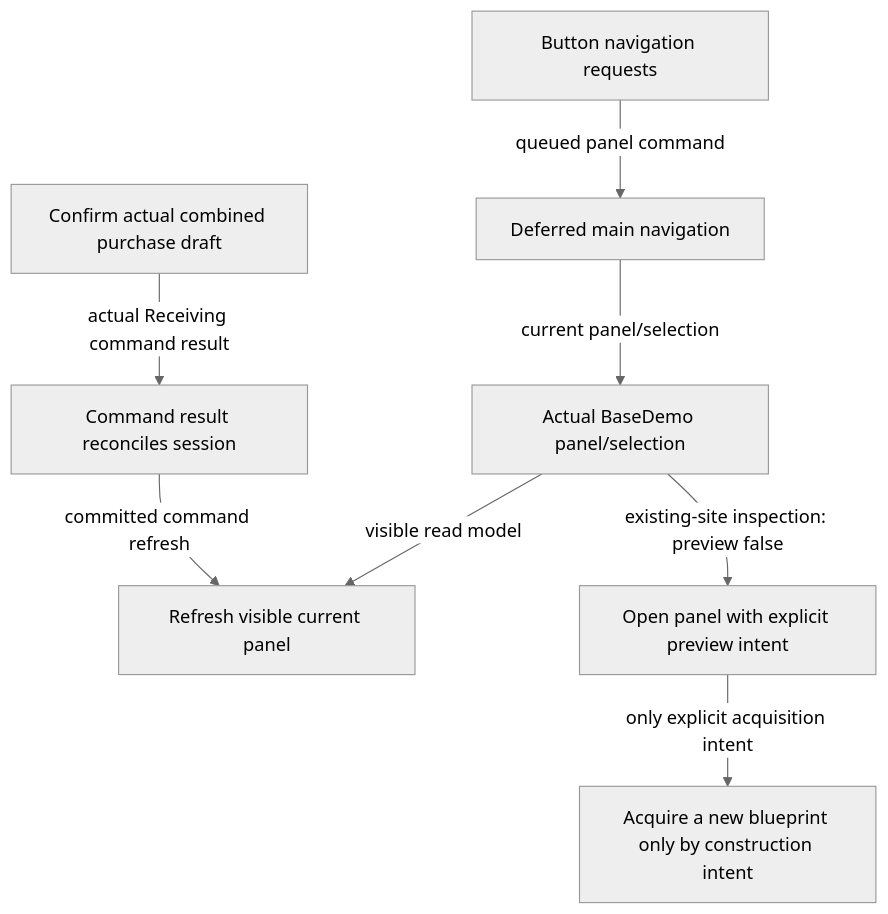
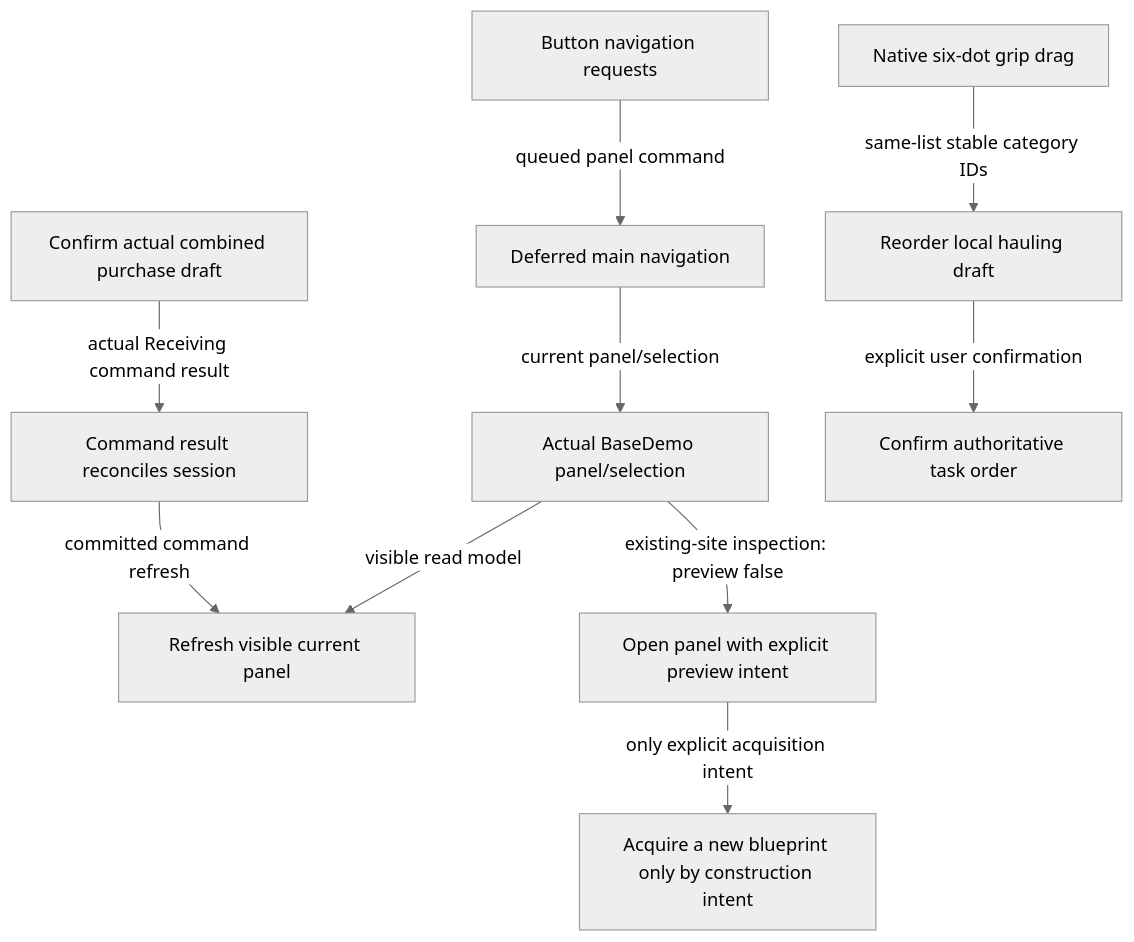
One commit to TheInfinityIQ/Trencho_V4 changed diagram 41 of 50 in docs/system_atlas.md. Above: the diagram before and after it, drawn with Mermaid (neutral theme). The commit also changed other lines of this file and 26 other files, not shown here.

Commit message:
Document hauling behavior evidence and reviewed system flows

````diff
--- a/docs/system_atlas.md
+++ b/docs/system_atlas.md
@@ -1268,18 +1279,23 @@
 ```mermaid
 flowchart TD
     n0["Button navigation requests"]
     n1["Deferred main navigation"]
     n2["Actual BaseDemo panel/selection"]
     n3["Command result reconciles session"]
     n4["Refresh visible current panel"]
     n5["Confirm actual combined purchase draft"]
     n6["Open panel with explicit preview intent"]
     n7["Acquire a new blueprint only by construction intent"]
+    haul_grip["Native six-dot grip drag"]
+    haul_draft["Reorder local hauling draft"]
+    haul_confirm["Confirm authoritative task order"]
     n0 -->|"queued panel command"| n1
     n1 -->|"current panel/selection"| n2
     n2 -->|"visible read model"| n4
     n3 -->|"committed command refresh"| n4
     n5 -->|"actual Receiving command result"| n3
     n2 -->|"existing-site inspection: preview false"| n6
     n6 -->|"only explicit acquisition intent"| n7
+    haul_grip -->|"same-list stable category IDs"| haul_draft
+    haul_draft -->|"explicit user confirmation"| haul_confirm
 ```
````
